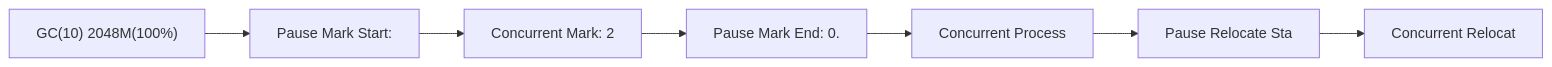
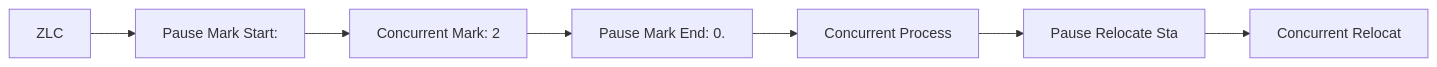
One commit to yjkim2015/yjkim2015.github.io changed diagram 22 of 29 in _posts/java/2026-05-01-java-garbage-collector.md. Above: the diagram before and after it, drawn with Mermaid. The commit also changed other lines of this file and 149 other files, not shown here.

First line of the commit message:
Mermaid 가독성 개선: 라벨 축약, 노드 축소, TD→LR 변환

````diff
--- a/_posts/java/2026-05-01-java-garbage-collector.md
+++ b/_posts/java/2026-05-01-java-garbage-collector.md
@@ -499,11 +496,10 @@
 ```mermaid
 graph LR
-    ZLC["GC(10) 2048M(100%)"]
     Z1["Pause Mark Start:"]
     Z2["Concurrent Mark: 2"]
     Z3["Pause Mark End: 0."]
     Z4["Concurrent Process"]
     Z5["Pause Relocate Sta"]
     Z6["Concurrent Relocat"]
     ZLC --> Z1 --> Z2 --> Z3 --> Z4 --> Z5 --> Z6
 ```
````
